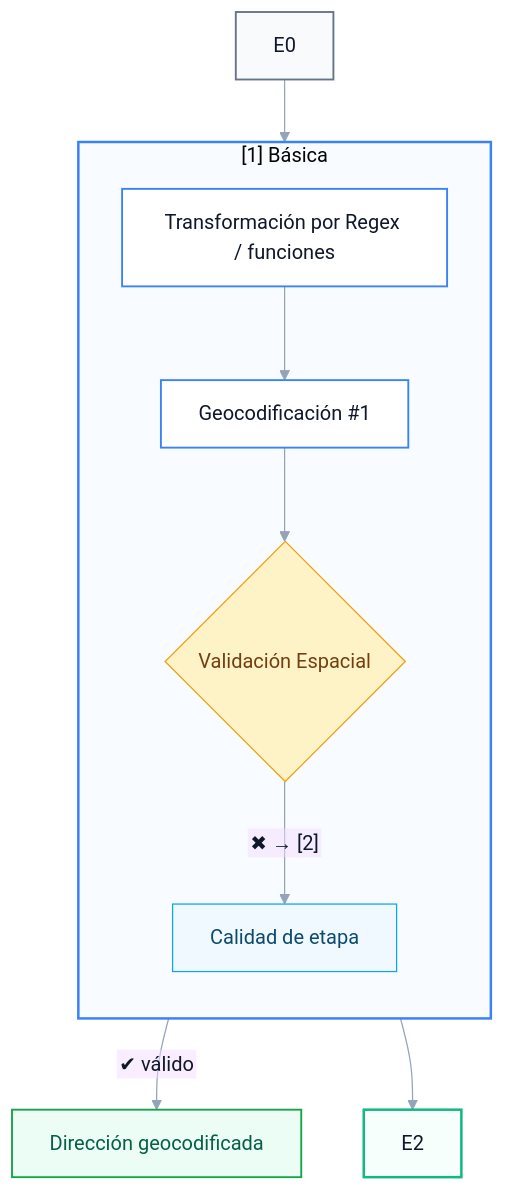
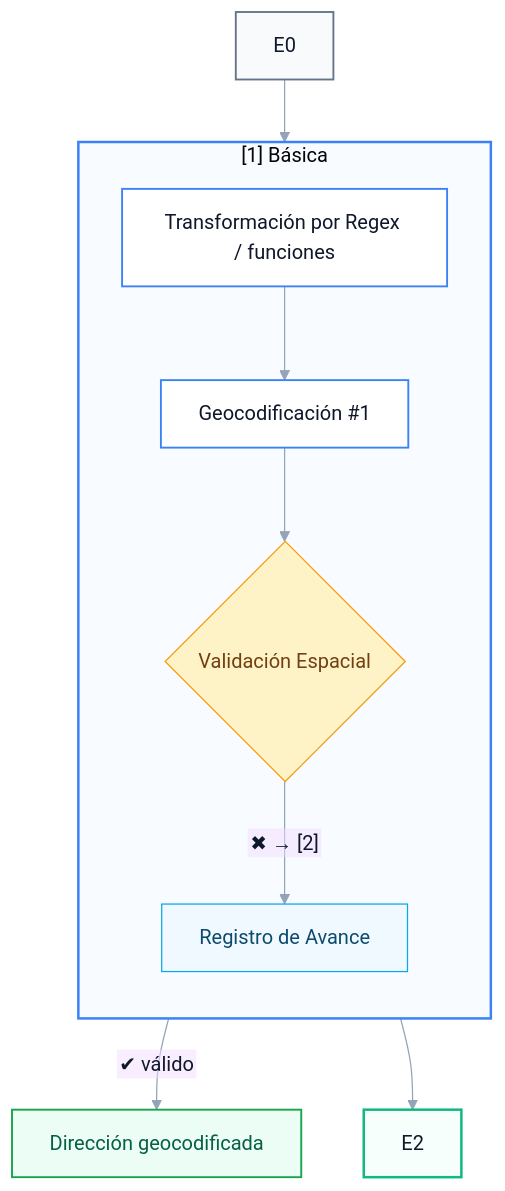
The third of 5 diagrams in geocode.qmd (DenisSebastian/book-curso-geoanalisis-pp-2025), drawn with Mermaid before and after one commit. The commit also changed other lines of this file and 31 other files, not shown here.

````diff
--- a/geocode.qmd
+++ b/geocode.qmd
@@ -479,54 +481,54 @@
 ```{mermaid}
 %%{init: {
   "theme": "base",
   "themeVariables": {
     "fontFamily": "Inter, Segoe UI, Roboto, sans-serif",
     "primaryTextColor": "#0f172a",
     "lineColor": "#94a3b8",
     "tertiaryColor": "#f8fafc"
   },
   "flowchart": { "htmlLabels": false, "curve": "basis" }
 }}%%
 
 flowchart TB
   %% ====== Definición de estilos ======
   classDef input fill:#E8F1FF,stroke:#3B82F6,stroke-width:1px,color:#0b3d91;
   classDef s0 fill:#F8FAFC,stroke:#64748B,stroke-width:1px,color:#0f172a;
   classDef s1 fill:#FFFFFF,stroke:#3B82F6,stroke-width:1.5px,color:#0f172a;
   classDef s2 fill:#FFFFFF,stroke:#10B981,stroke-width:1.5px,color:#0f172a;
   classDef s3 fill:#FFFFFF,stroke:#A3BE00,stroke-width:1.5px,color:#0f172a;
   classDef decision fill:#FEF3C7,stroke:#F59E0B,stroke-width:1px,color:#713f12;
   classDef qa fill:#F0F9FF,stroke:#0EA5E9,stroke-width:1px,color:#0c4a6e;
   classDef finish fill:#ECFDF5,stroke:#16A34A,stroke-width:1.5px,color:#065f46;
   classDef backlog fill:#FFF1F2,stroke:#FB7185,stroke-width:1px,color:#7f1d1d;
 
 
 
 
   %% ====== [1] Básica ======
   subgraph S1 ["[1] Básica"]
     direction TB
     s1a["Transformación por Regex / funciones"]:::s1
     s1b["Geocodificación #1"]:::s1
     s1c{"Validación Espacial"}:::decision
-    s1d["Calidad de etapa"]:::qa
+    s1d["Registro de Avance"]:::qa
   end
 
  
   %% ====== Salidas ======
   OUT["Dirección geocodificada"]:::finish
 
   %% ====== Flujo ======
   E0 --> S1
   s1a --> s1b --> s1c
   s1c -- "✔ válido" --> OUT
   s1c -- "✖ → [2]" --> s1d --> E2
 
 
 
   %% ====== Estilos de subgrupos ======
   style E0 stroke:#64748B,stroke-width:1.5px,fill:#F8FAFC
   style S1 stroke:#3B82F6,stroke-width:2px,fill:#F8FBFF
   style E2 stroke:#10B981,stroke-width:2px,fill:#F6FFFB
 
 ```
````
